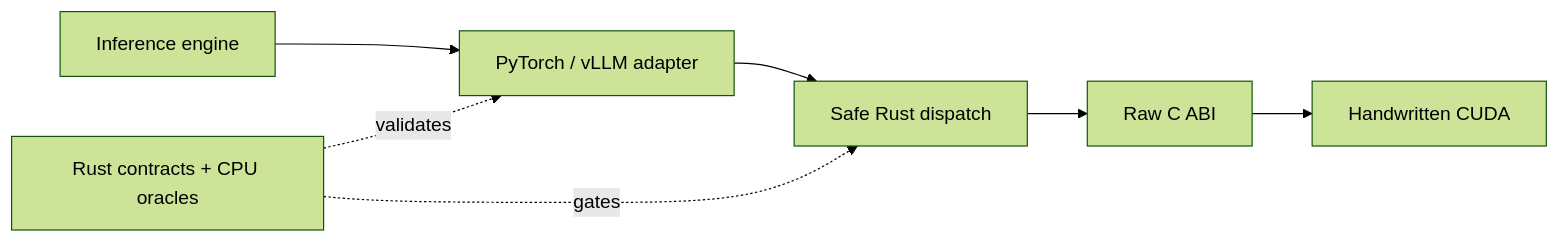
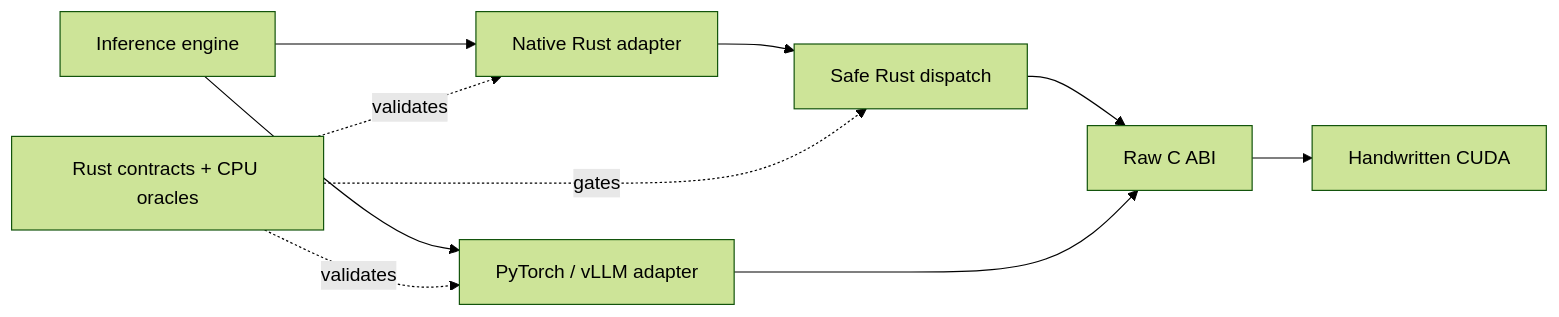
One commit to feichai0017/orbitkv changed the diagram in README.md. Above: the diagram before and after it, drawn with Mermaid (forest theme). The commit also changed other lines of this file and 14 other files, not shown here.

````diff
--- a/README.md
+++ b/README.md
@@ -57,9 +57,12 @@
 ```mermaid
 flowchart LR
-    A["Inference engine"] --> B["PyTorch / vLLM adapter"]
+    A["Inference engine"] --> B["Native Rust adapter"]
+    A --> P["PyTorch / vLLM adapter"]
     B --> C["Safe Rust dispatch"]
     C --> D["Raw C ABI"]
+    P --> D
     D --> E["Handwritten CUDA"]
     F["Rust contracts + CPU oracles"] -. validates .-> B
     F -. gates .-> C
+    F -. validates .-> P
 ```
````
